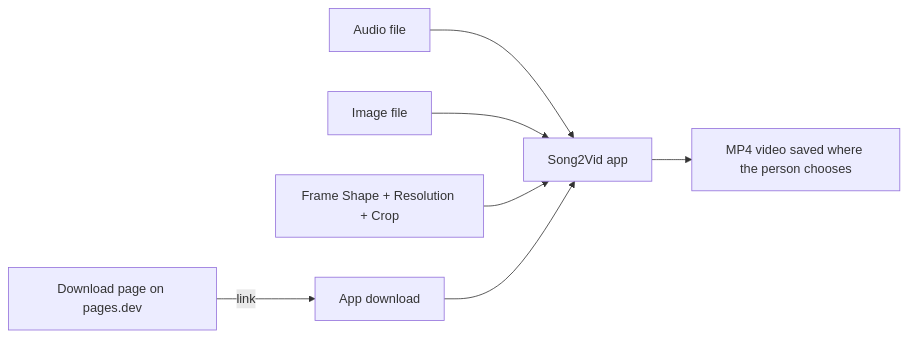
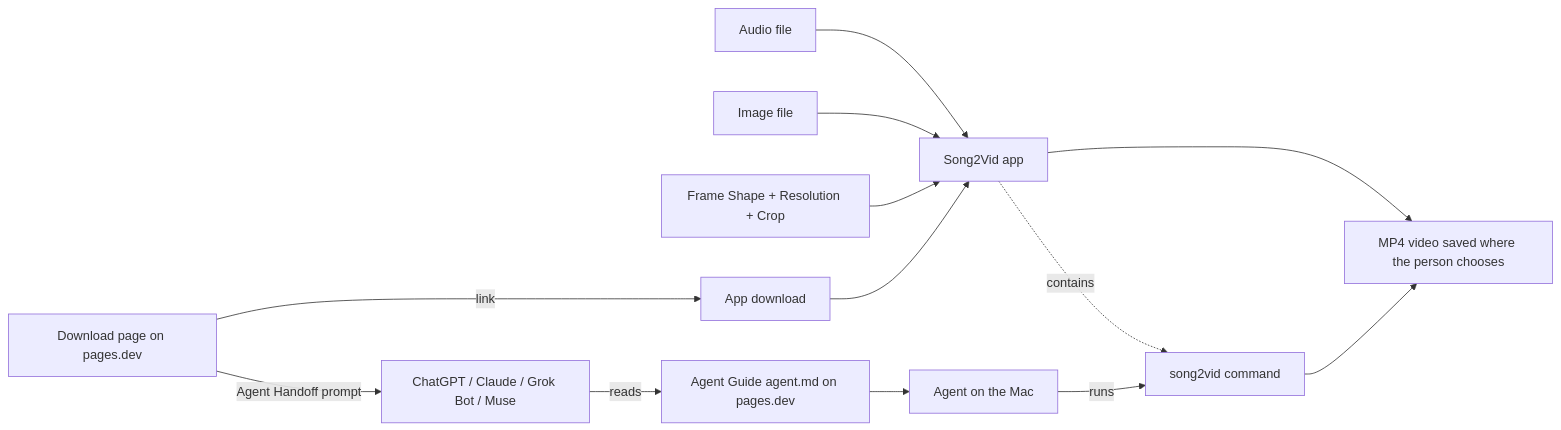
One commit to devin-thomas/song2vid-app changed the diagram in PROJECT.md. Above: the diagram before and after it, drawn with Mermaid. The commit also changed other lines of this file and 2 other files, not shown here.

Commit message:
Phase 3 discovery round 1: command in the app, overwrite guard, Agent Guide, handoff agents

````diff
--- a/PROJECT.md
+++ b/PROJECT.md
@@ -56,9 +75,15 @@
 ```mermaid
 flowchart LR
   A[Audio file] --> APP[Song2Vid app]
   I[Image file] --> APP
   O[Frame Shape + Resolution + Crop] --> APP
   APP --> V[MP4 video saved where the person chooses]
   PAGE[Download page on pages.dev] -->|link| DL[App download]
   DL --> APP
+  APP -. contains .-> CLI[song2vid command]
+  AG[Agent on the Mac] -->|runs| CLI
+  CLI --> V
+  GUIDE[Agent Guide agent.md on pages.dev] --> AG
+  PAGE -->|Agent Handoff prompt| CHAT[ChatGPT / Claude / Grok Bot / Muse]
+  CHAT -->|reads| GUIDE
 ```
````
